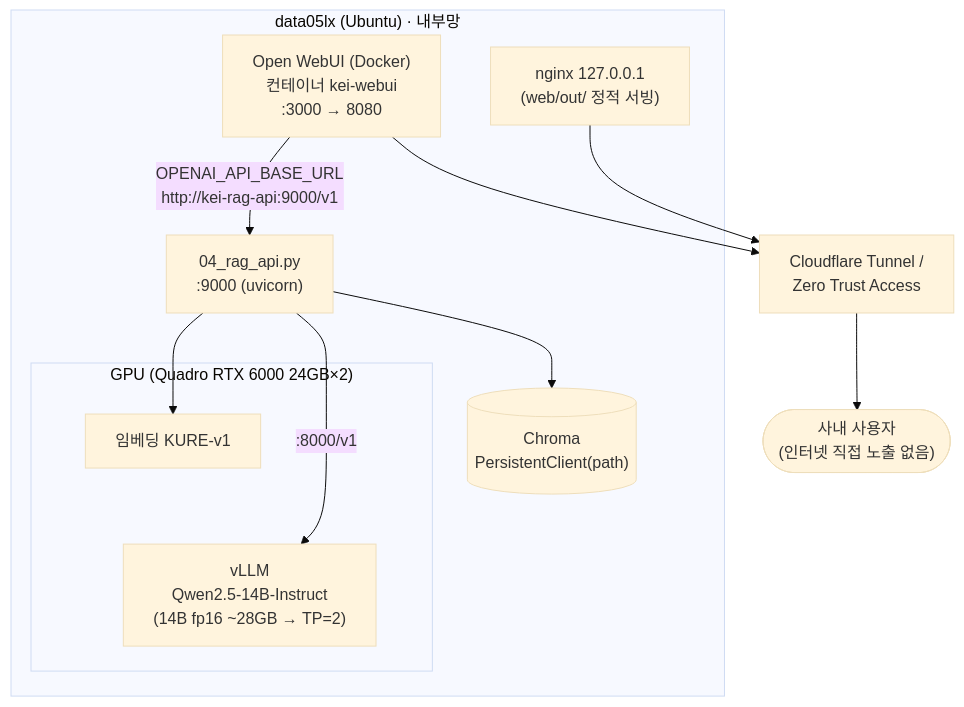
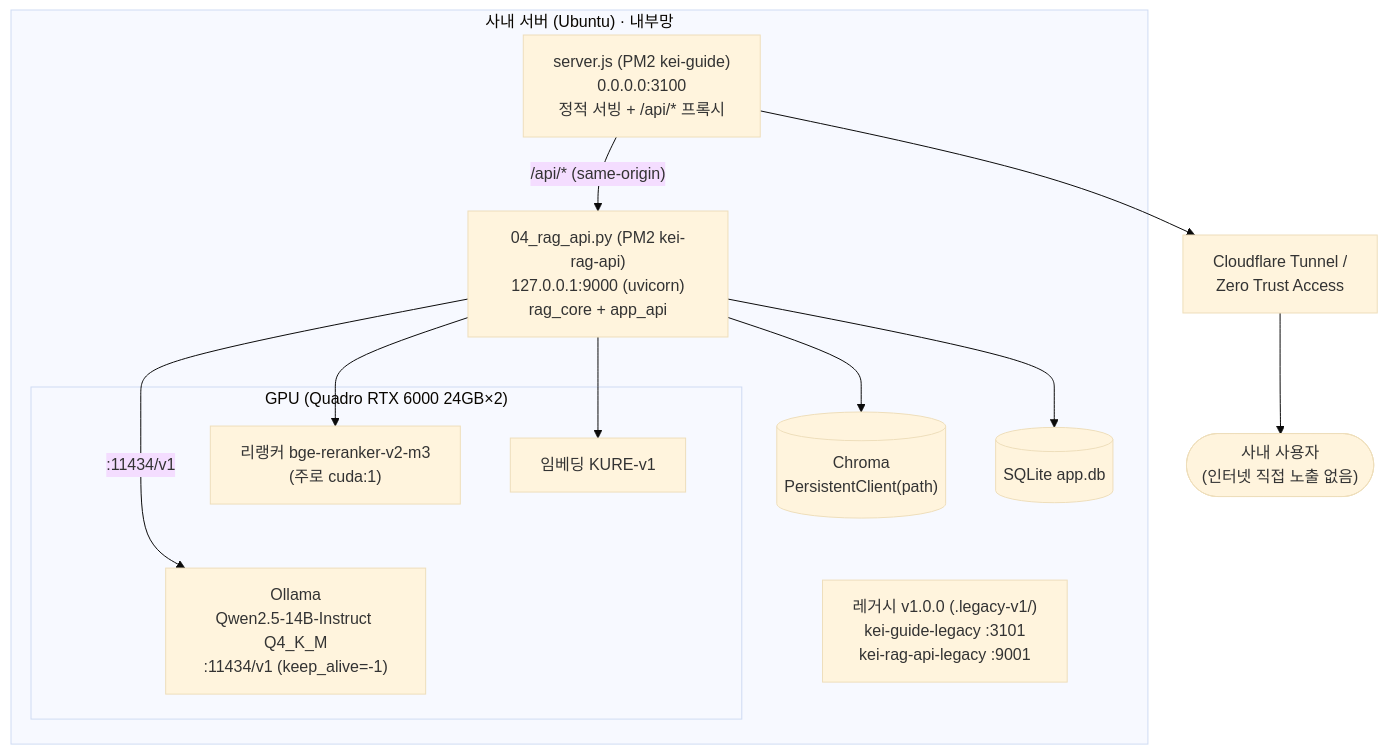
One commit to mooner92/KEIAdminSuperv changed the fourth of 4 diagrams in docs/02-architecture.md. Above: the diagram before and after it, drawn with Mermaid (base theme). The commit also changed other lines of this file and 13 other files, not shown here.

````diff
--- a/docs/02-architecture.md
+++ b/docs/02-architecture.md
@@ -176,24 +201,27 @@
 ```mermaid
 flowchart TB
-    subgraph HOST["data05lx (Ubuntu) · 내부망"]
+    subgraph HOST["사내 서버 (Ubuntu) · 내부망"]
         subgraph GPU["GPU (Quadro RTX 6000 24GB×2)"]
-            VLLM["vLLM<br/>Qwen2.5-14B-Instruct<br/>(14B fp16 ~28GB → TP=2)"]
+            OLLAMA["Ollama<br/>Qwen2.5-14B-Instruct Q4_K_M<br/>:11434/v1 (keep_alive=-1)"]
             EMB["임베딩 KURE-v1"]
+            RERANK["리랭커 bge-reranker-v2-m3<br/>(주로 cuda:1)"]
         end
-        RAG["04_rag_api.py<br/>:9000 (uvicorn)"]
+        SERVER["server.js (PM2 kei-guide)<br/>0.0.0.0:3100<br/>정적 서빙 + /api/* 프록시"]
+        RAG["04_rag_api.py (PM2 kei-rag-api)<br/>127.0.0.1:9000 (uvicorn)<br/>rag_core + app_api"]
         CHR[("Chroma<br/>PersistentClient(path)")]
-        WEBUI["Open WebUI (Docker)<br/>컨테이너 kei-webui<br/>:3000 → 8080"]
-        NGINX["nginx 127.0.0.1<br/>(web/out/ 정적 서빙)"]
+        DB[("SQLite app.db")]
+        LEGACY["레거시 v1.0.0 (.legacy-v1/)<br/>kei-guide-legacy :3101<br/>kei-rag-api-legacy :9001"]
     end
 
     CFT["Cloudflare Tunnel /<br/>Zero Trust Access"]
 
-    WEBUI -- "OPENAI_API_BASE_URL<br/>http://kei-rag-api:9000/v1" --> RAG
+    SERVER -- "/api/* (same-origin)" --> RAG
     RAG --> EMB
+    RAG --> RERANK
     RAG --> CHR
-    RAG -- ":8000/v1" --> VLLM
+    RAG --> DB
+    RAG -- ":11434/v1" --> OLLAMA
     EMB --- GPU
-    NGINX --> CFT
-    WEBUI --> CFT
+    SERVER --> CFT
     CFT --> NET(["사내 사용자<br/>(인터넷 직접 노출 없음)"])
 ```
````
